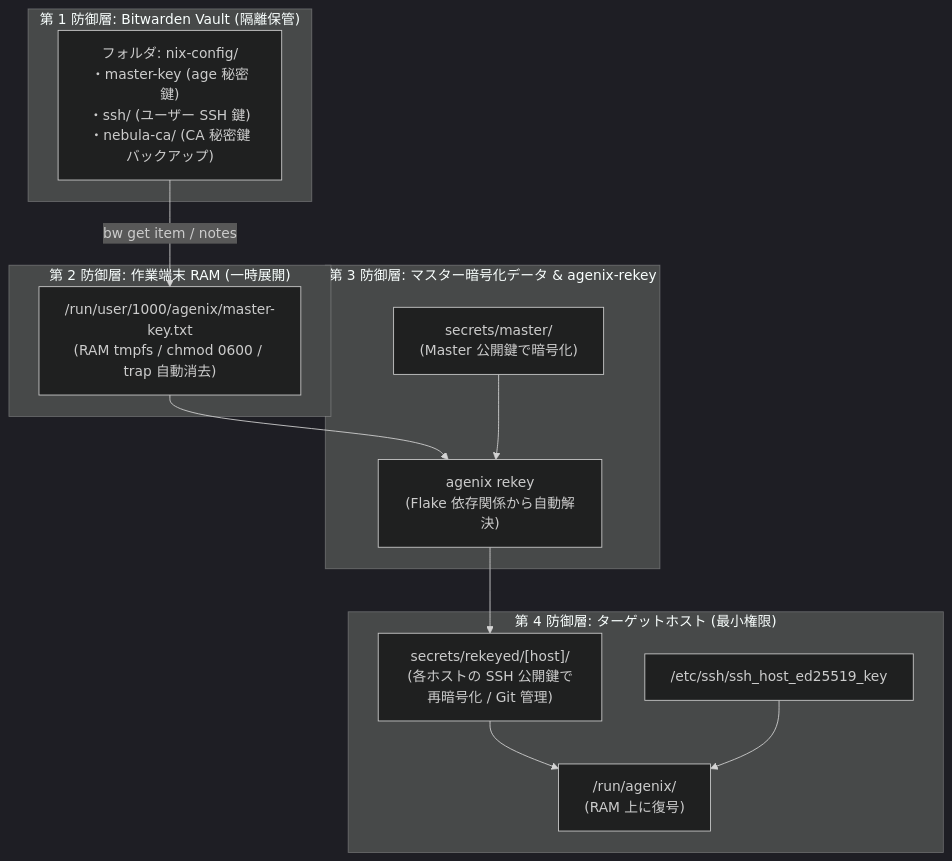
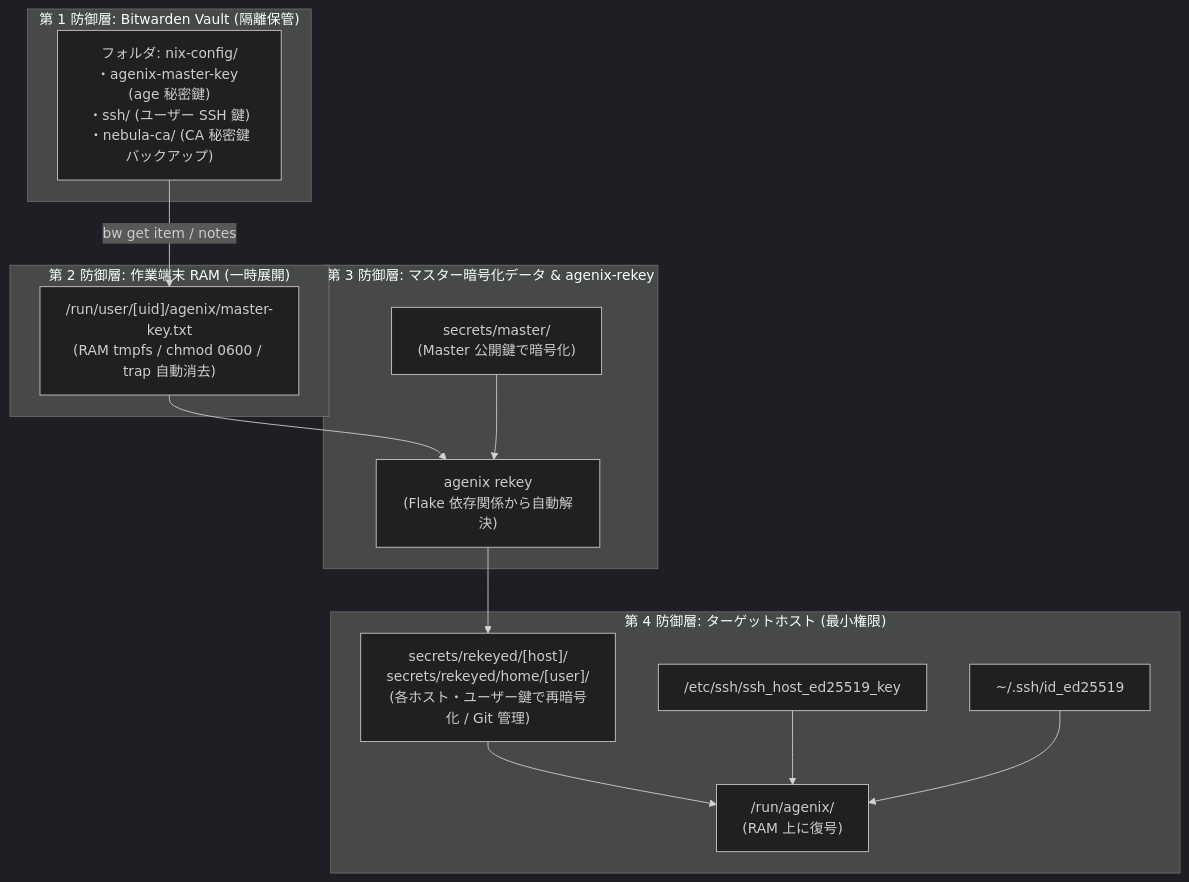
Before and after one commit to t3u-tsu/nix-config: the diagram in docs/operations/secret-management.md, drawn with Mermaid (dark theme). The commit also changed other lines of this file and 6 other files, not shown here.

````diff
--- a/docs/operations/secret-management.md
+++ b/docs/operations/secret-management.md
@@ -9,27 +9,29 @@
 ```mermaid
 graph TD
     subgraph Layer1 ["第 1 防御層: Bitwarden Vault (隔離保管)"]
-        BW["フォルダ: nix-config/<br>・master-key (age 秘密鍵)<br>・ssh/ (ユーザー SSH 鍵)<br>・nebula-ca/ (CA 秘密鍵バックアップ)"]
+        BW["フォルダ: nix-config/<br>・agenix-master-key (age 秘密鍵)<br>・ssh/ (ユーザー SSH 鍵)<br>・nebula-ca/ (CA 秘密鍵バックアップ)"]
     end
 
     subgraph Layer2 ["第 2 防御層: 作業端末 RAM (一時展開)"]
-        Tmpfs["/run/user/1000/agenix/master-key.txt<br>(RAM tmpfs / chmod 0600 / trap 自動消去)"]
+        Tmpfs["/run/user/[uid]/agenix/master-key.txt<br>(RAM tmpfs / chmod 0600 / trap 自動消去)"]
         BW -->|bw get item / notes| Tmpfs
     end
 
     subgraph Layer3 ["第 3 防御層: マスター暗号化データ & agenix-rekey"]
         MasterDir["secrets/master/<br>(Master 公開鍵で暗号化)"]
         Engine["agenix rekey<br>(Flake 依存関係から自動解決)"]
         Tmpfs --> Engine
         MasterDir --> Engine
     end
 
     subgraph Layer4 ["第 4 防御層: ターゲットホスト (最小権限)"]
-        Rekeyed["secrets/rekeyed/[host]/<br>(各ホストの SSH 公開鍵で再暗号化 / Git 管理)"]
+        Rekeyed["secrets/rekeyed/[host]/<br>secrets/rekeyed/home/[user]/<br>(各ホスト・ユーザー鍵で再暗号化 / Git 管理)"]
         HostKey["/etc/ssh/ssh_host_ed25519_key"]
+        UserKey["~/.ssh/id_ed25519"]
         SecretRun["/run/agenix/<br>(RAM 上に復号)"]
         Engine --> Rekeyed
         Rekeyed --> SecretRun
         HostKey --> SecretRun
+        UserKey --> SecretRun
     end
 ```
````
